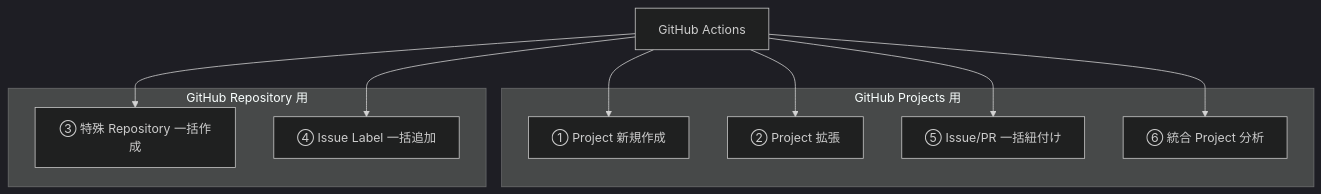
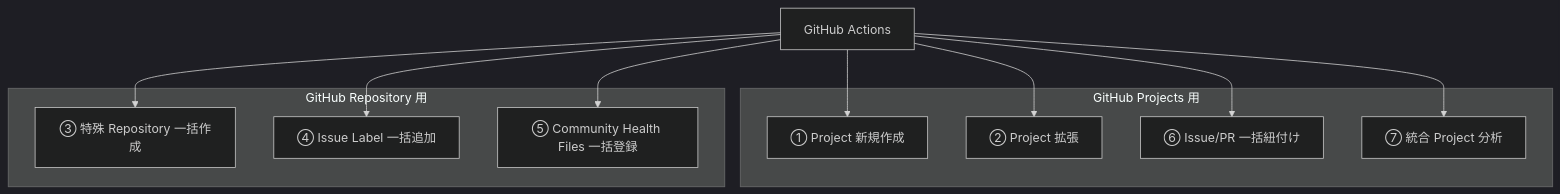
One commit to mabubu0203/github-projects-starter-kit changed the diagram in docs/reference/developers.md. Above: the diagram before and after it, drawn with Mermaid (dark theme). The commit also changed other lines of this file and 26 other files, not shown here.

````diff
--- a/docs/reference/developers.md
+++ b/docs/reference/developers.md
@@ -22,23 +22,25 @@
 ```mermaid
 flowchart TD
     root["GitHub Actions"]
 
     root --> A
     root --> B
     root --> G
     root --> C
+    root --> E
     root --> D
     root --> F
 
     subgraph projects ["GitHub Projects 用"]
         A["① Project 新規作成"]
         B["② Project 拡張"]
-        D["⑤ Issue/PR 一括紐付け"]
-        F["⑥ 統合 Project 分析"]
+        D["⑥ Issue/PR 一括紐付け"]
+        F["⑦ 統合 Project 分析"]
     end
 
     subgraph repos ["GitHub Repository 用"]
         G["③ 特殊 Repository 一括作成"]
         C["④ Issue Label 一括追加"]
+        E["⑤ Community Health Files 一括登録"]
     end
 ```
````
